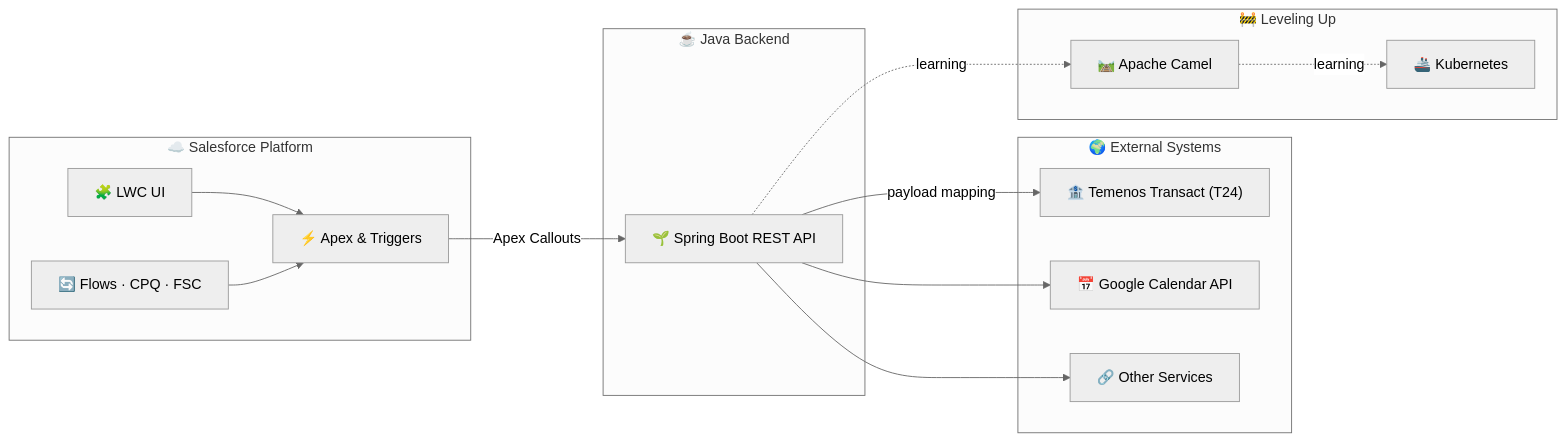
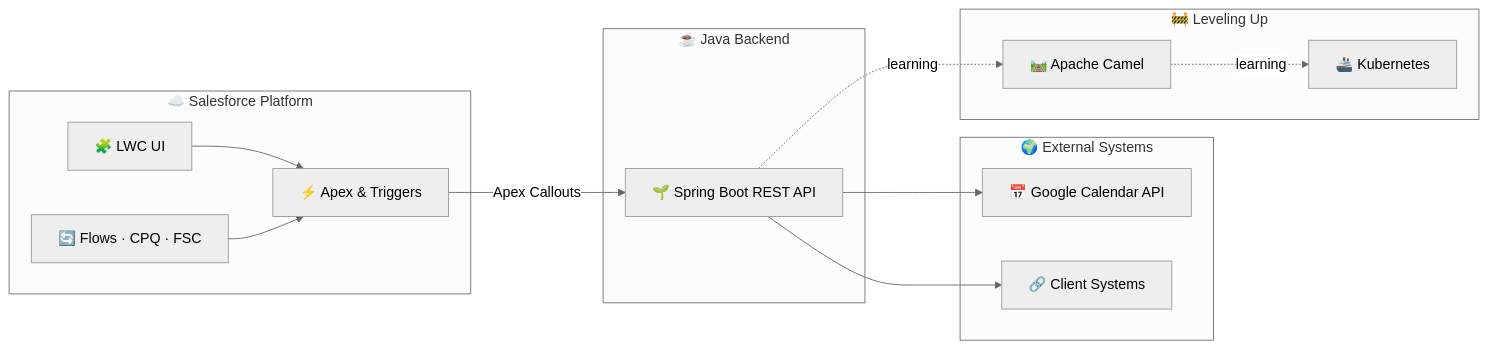
The second of 2 diagrams in README.md (aditya17-09/aditya17-09), drawn with Mermaid (neutral theme) before and after one commit. The commit also changed other lines of this file, not shown here.

````diff
--- a/README.md
+++ b/README.md
@@ -160,32 +195,30 @@
 ```mermaid
 flowchart LR
     subgraph SF["☁️ Salesforce Platform"]
         L["🧩 LWC UI"]
         F["🔄 Flows · CPQ · FSC"]
         A["⚡ Apex & Triggers"]
     end
 
     subgraph JB["☕ Java Backend"]
         S["🌱 Spring Boot REST API"]
     end
 
     subgraph EXT["🌍 External Systems"]
-        T["🏦 Temenos Transact (T24)"]
         G["📅 Google Calendar API"]
-        O["🔗 Other Services"]
+        O["🔗 Client Systems"]
     end
 
     subgraph NEXT["🚧 Leveling Up"]
         C["🛤️ Apache Camel"]
         K["🚢 Kubernetes"]
     end
 
     L --> A
     F --> A
     A -- "Apex Callouts" --> S
-    S -- "payload mapping" --> T
     S --> G
     S --> O
     S -.->|learning| C
     C -.->|learning| K
 ```
````
